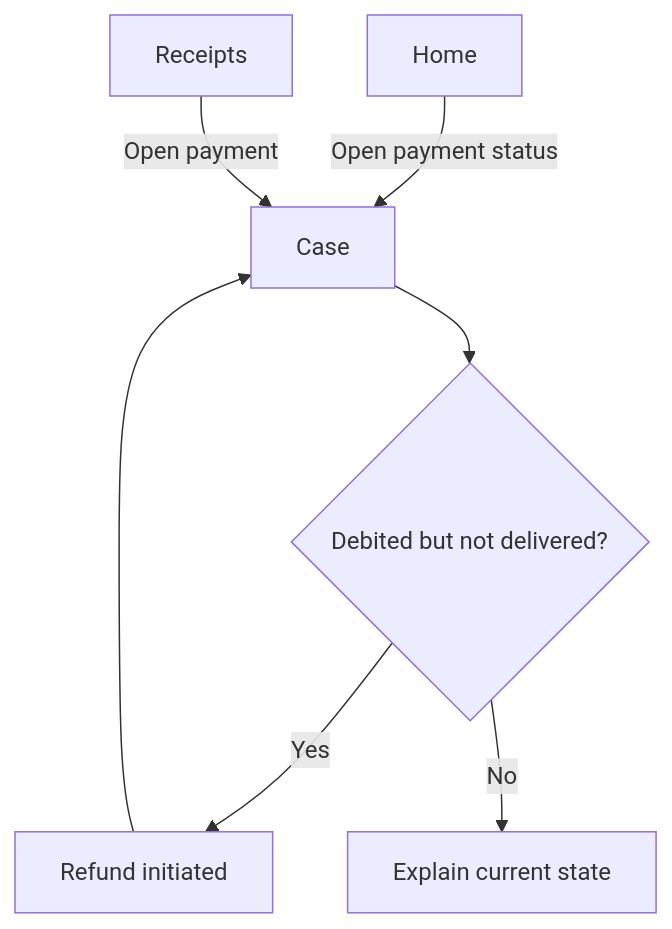
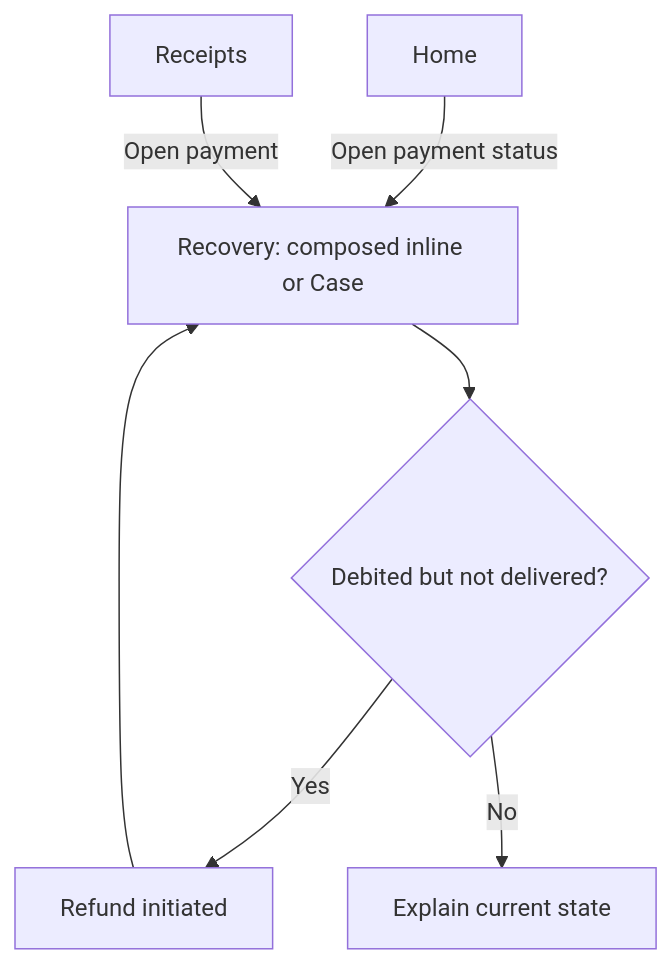
Before and after one commit to vanguard-op/sabi-docs: the sixth of 9 diagrams in Sabi/user-flow.md, drawn with Mermaid. The commit also changed other lines of this file and 10 other files, not shown here.

````diff
--- a/Sabi/user-flow.md
+++ b/Sabi/user-flow.md
@@ -326,9 +327,9 @@
 ```mermaid
 graph TD
-    Home[Home] -->|Open payment status| Case[Case]
+    Home[Home] -->|Open payment status| Case[Recovery: composed inline or Case]
     Receipts[Receipts] -->|Open payment| Case
     Case --> A{Debited but not delivered?}
     A -->|Yes| R[Refund initiated]
     A -->|No| E[Explain current state]
     R --> Case
 ```
````
